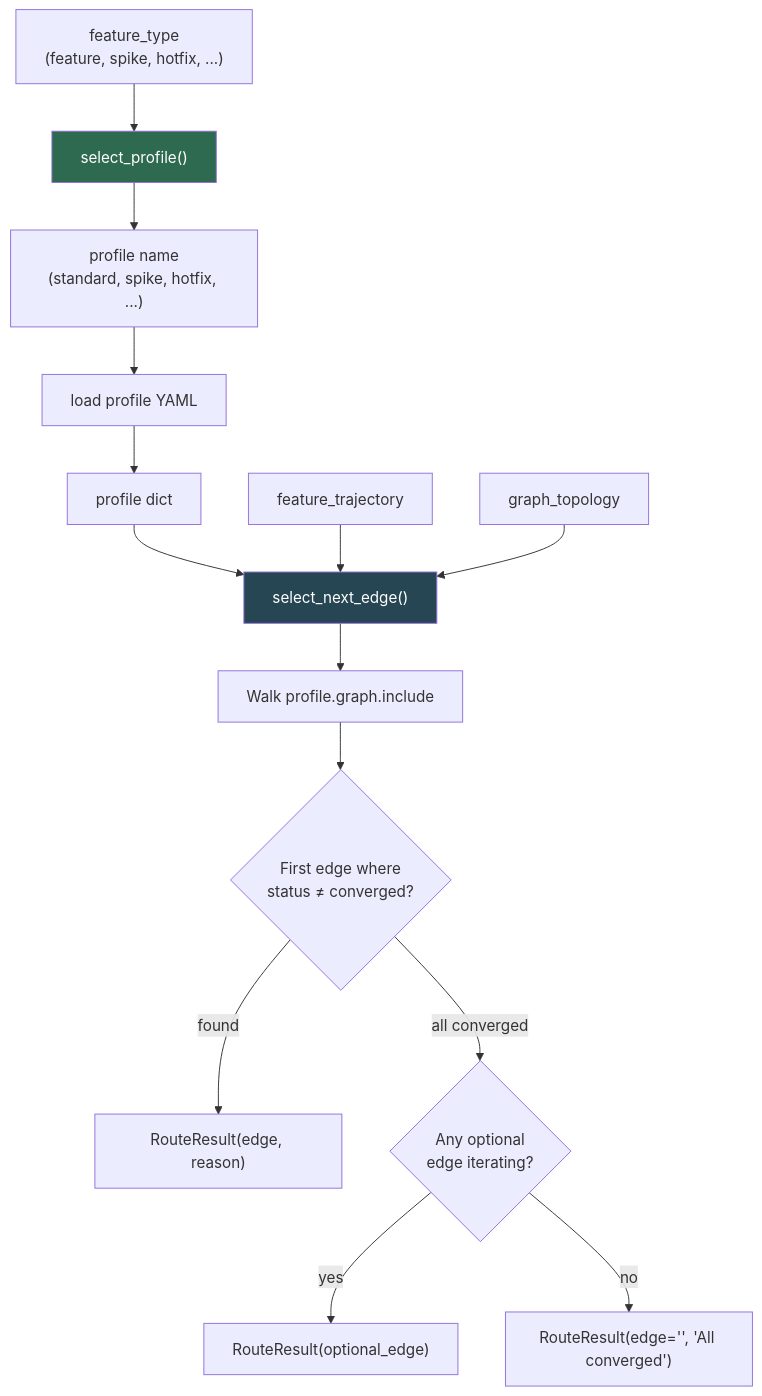
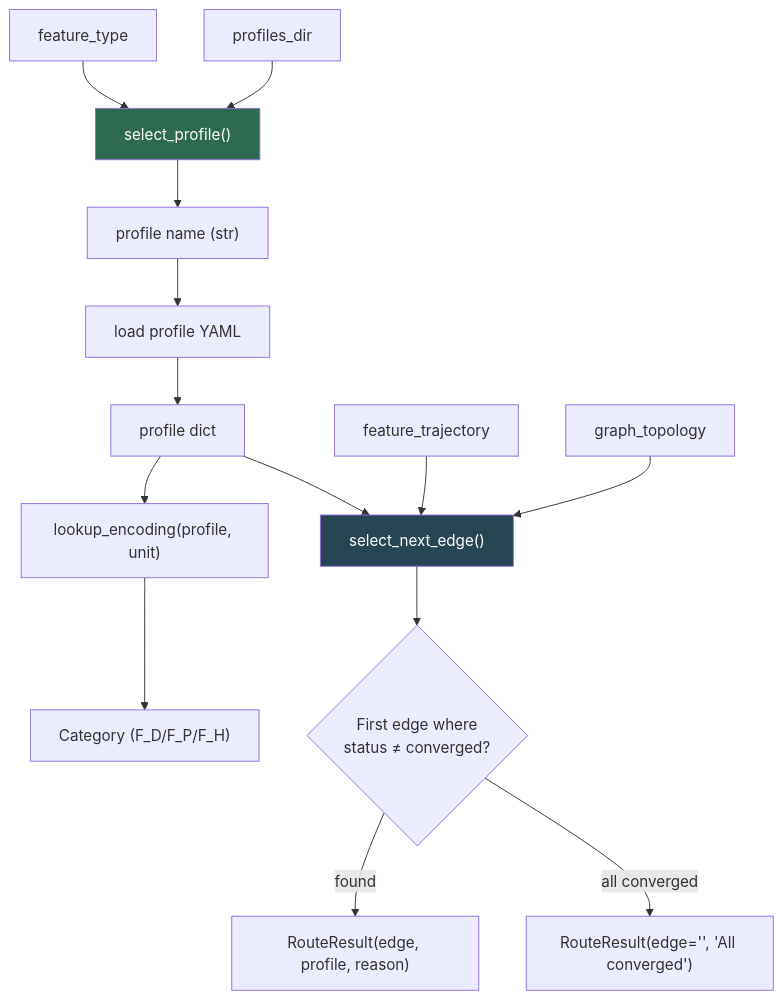
Before and after one commit to foolishimp/ai_sdlc_method: diagram 12 of 19 in imp_claude/design/FUNCTOR_FRAMEWORK_DESIGN.md, drawn with Mermaid. The commit also changed other lines of this file, not shown here.

````diff
--- a/imp_claude/design/FUNCTOR_FRAMEWORK_DESIGN.md
+++ b/imp_claude/design/FUNCTOR_FRAMEWORK_DESIGN.md
@@ -635,22 +707,23 @@
 ```mermaid
 flowchart TD
-    FT["feature_type<br/>(feature, spike, hotfix, ...)"] --> SP["select_profile()"]
-    SP --> PN["profile name<br/>(standard, spike, hotfix, ...)"]
-    PN --> LP["load profile YAML"]
-    LP --> PROF["profile dict"]
+    FT["feature_type"] --> SP["select_profile()"]
+    PD["profiles_dir"] --> SP
+    SP --> PROF["profile name (str)"]
 
-    PROF --> SNE["select_next_edge()"]
+    PROF --> LP["load profile YAML"]
+    LP --> PDATA["profile dict"]
+
+    PDATA --> LE["lookup_encoding(profile, unit)"]
+    LE --> CAT["Category (F_D/F_P/F_H)"]
+
+    PDATA --> SNE["select_next_edge()"]
     TRAJ["feature_trajectory"] --> SNE
     GT["graph_topology"] --> SNE
 
-    SNE --> WALK["Walk profile.graph.include"]
-
-    WALK --> FIRST{"First edge where<br/>status ≠ converged?"}
-    FIRST -->|found| RR1["RouteResult(edge, reason)"]
-    FIRST -->|all converged| OPT{"Any optional<br/>edge iterating?"}
-    OPT -->|yes| RR2["RouteResult(optional_edge)"]
-    OPT -->|no| RR3["RouteResult(edge='', 'All converged')"]
+    SNE --> FIRST{"First edge where<br/>status ≠ converged?"}
+    FIRST -->|found| RR1["RouteResult(edge, profile, reason)"]
+    FIRST -->|all converged| RR2["RouteResult(edge='', 'All converged')"]
 
     style SP fill:#2d6a4f,color:#fff
     style SNE fill:#264653,color:#fff
 ```
````
